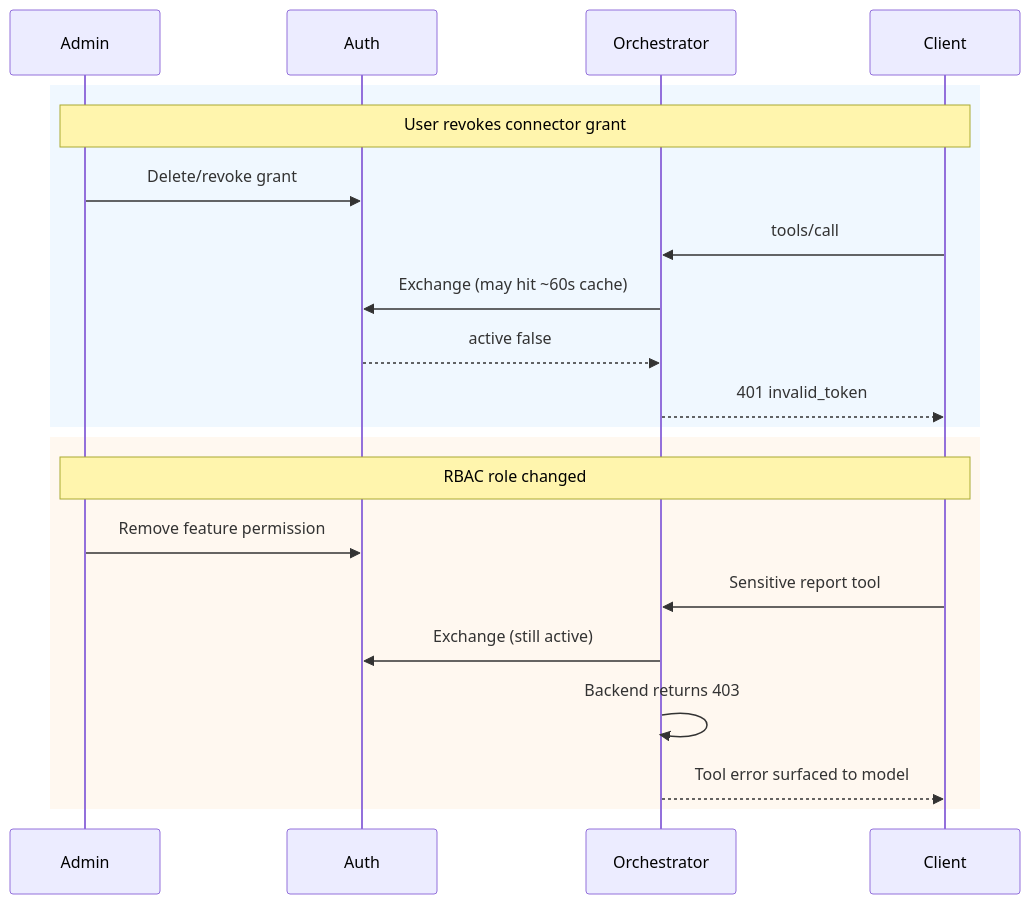
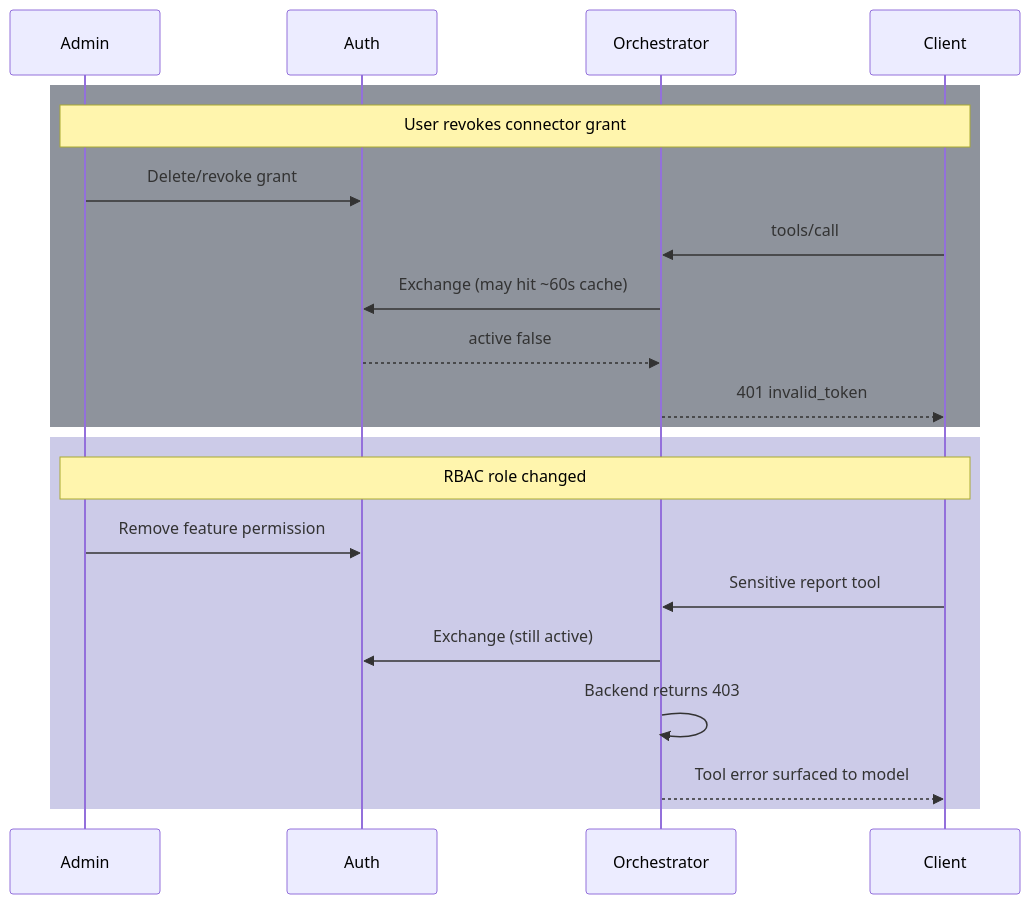
The eighth of 10 diagrams in content/blog/hotel-pms-mcp-tool-server.mdx (sahsisunny/Personal-Portfolio), drawn with Mermaid before and after one commit. The commit also changed 1 other file, not shown here.

Commit message:
fix(diagrams): resolve dark-mode contrast issues in Mermaid sequence diagrams and mindmaps

````diff
--- a/content/blog/hotel-pms-mcp-tool-server.mdx
+++ b/content/blog/hotel-pms-mcp-tool-server.mdx
@@ -327,25 +327,25 @@
 ```mermaid
 sequenceDiagram
   participant Admin
   participant Auth
   participant Orchestrator
   participant Client
 
-  rect rgb(240,248,255)
+  rect rgba(30, 41, 59, 0.5)
     note over Admin,Client: User revokes connector grant
     Admin->>Auth: Delete/revoke grant
     Client->>Orchestrator: tools/call
     Orchestrator->>Auth: Exchange (may hit ~60s cache)
     Auth-->>Orchestrator: active false
     Orchestrator-->>Client: 401 invalid_token
   end
 
-  rect rgb(255,248,240)
+  rect rgba(55, 48, 163, 0.25)
     note over Admin,Client: RBAC role changed
     Admin->>Auth: Remove feature permission
     Client->>Orchestrator: Sensitive report tool
     Orchestrator->>Auth: Exchange (still active)
     Orchestrator->>Orchestrator: Backend returns 403
     Orchestrator-->>Client: Tool error surfaced to model
   end
 ```
````
